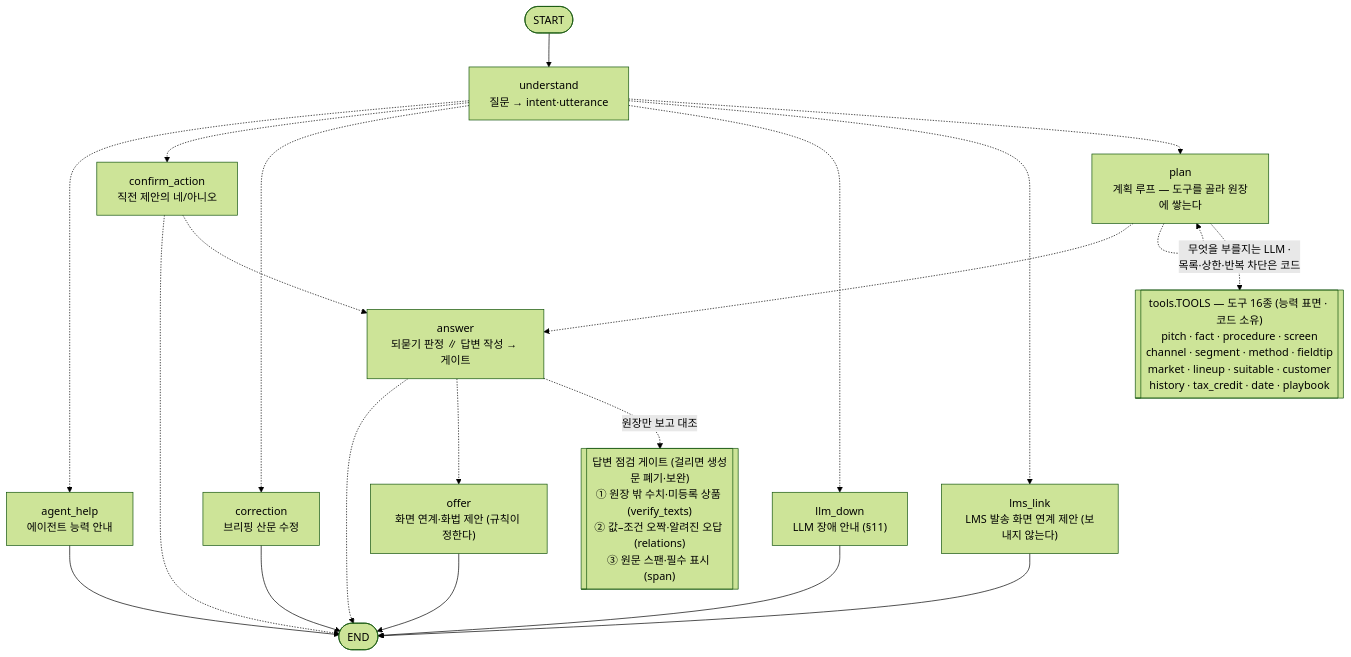
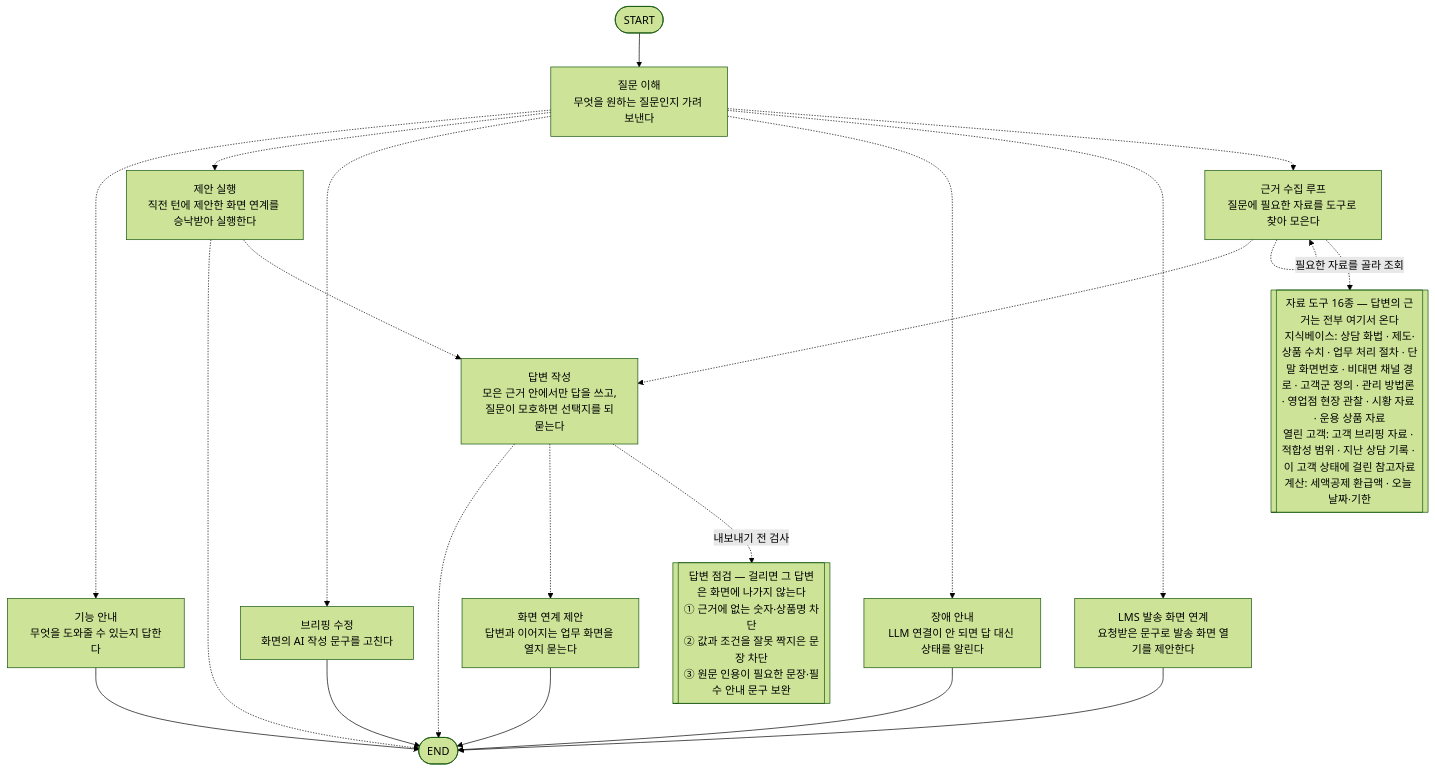
One commit to 09sunwoo-a/Pension_agent changed the diagram in src/pension_agent/consult_agent/README.md. Above: the diagram before and after it, drawn with Mermaid (forest theme). The commit also changed other lines of this file and 2 other files, not shown here.

Commit message:
아키텍처 다이어그램 문구를 점검 청중 기준으로 재작성
사용자 점검 반영 — 다이어그램 라벨이 코드 주석의 방어적 어투를 그대로
옮겨 어색했다("(보내지 않는다)", "직전 제안의 네/아니오", "원문 스팬").

- 노드 라벨을 «기능명 + 하는 일 한 줄»로: 질문 이해 · 근거 수집 루프 ·
  답변 작성 · 기능 안내 · LMS 발송 화면 연계 · 브리핑 수정 · 장애 안내 ·
  제안 실행 · 화면 연계 제안. 괄호 단서와 개발 용어는 뺐다.
- 도구 상자는 영문 식별자 나열 대신 한글 세 갈래(지식베이스 · 열린 고객 ·
  계산). 이름은 도구 선언의 진행 표시 라벨(Tool.progress)에서 오고, 갈래가
  레지스트리와 어긋나면 생성이 크게 실패한다. 라벨이 없던 suitable ·
  tax_credit 에 progress 를 채웠다 — 이 둘도 진행 표시가 나오게 된 부수
  효과는 누락 해소가 맞다.
- 점검 상자는 함수명 없이 검사 내용만("근거에 없는 숫자·상품명 차단" 등),
  코드 대응(tools.TOOLS · verify_texts/relations/span)은 아래 산문 한 줄로.
- README 산문의 같은 유형 문구 정리: "줄 세우지 않는다" → "병렬로 돌린다",
  "입력만 먹는데" → "입력으로 받는데".

테스트: consult 436 · infra 105 · trace 30 · support 284 통과.

Claude-Session: https://claude.ai/code/session_01TwxjQTQrjCvCcEupDVTuMK

````diff
--- a/src/pension_agent/consult_agent/README.md
+++ b/src/pension_agent/consult_agent/README.md
@@ -170,36 +170,36 @@
 ```mermaid
 flowchart TD
     __start__([START])
-    understand["understand<br/>질문 → intent·utterance"]
-    agent_help["agent_help<br/>에이전트 능력 안내"]
-    plan["plan<br/>계획 루프 — 도구를 골라 원장에 쌓는다"]
-    answer["answer<br/>되묻기 판정 ∥ 답변 작성 → 게이트"]
-    lms_link["lms_link<br/>LMS 발송 화면 연계 제안 (보내지 않는다)"]
-    correction["correction<br/>브리핑 산문 수정"]
-    llm_down["llm_down<br/>LLM 장애 안내 (§11)"]
-    confirm_action["confirm_action<br/>직전 제안의 네/아니오"]
-    offer["offer<br/>화면 연계·화법 제안 (규칙이 정한다)"]
+    understand["질문 이해<br/>무엇을 원하는 질문인지 가려 보낸다"]
+    agent_help["기능 안내<br/>무엇을 도와줄 수 있는지 답한다"]
+    plan["근거 수집 루프<br/>질문에 필요한 자료를 도구로 찾아 모은다"]
+    answer["답변 작성<br/>모은 근거 안에서만 답을 쓰고,<br/>질문이 모호하면 선택지를 되묻는다"]
+    lms_link["LMS 발송 화면 연계<br/>요청받은 문구로 발송 화면 열기를 제안한다"]
+    correction["브리핑 수정<br/>화면의 AI 작성 문구를 고친다"]
+    llm_down["장애 안내<br/>LLM 연결이 안 되면 답 대신 상태를 알린다"]
+    confirm_action["제안 실행<br/>직전 턴에 제안한 화면 연계를 승낙받아 실행한다"]
+    offer["화면 연계 제안<br/>답변과 이어지는 업무 화면을 열지 묻는다"]
     __end__([END])
     __start__ --> understand
     answer -.-> __end__
     answer -.-> offer
     confirm_action -.-> __end__
     confirm_action -.-> answer
     plan -.-> answer
     plan -.-> plan
     understand -.-> agent_help
     understand -.-> confirm_action
     understand -.-> correction
     understand -.-> llm_down
     understand -.-> lms_link
     understand -.-> plan
     agent_help --> __end__
     correction --> __end__
     llm_down --> __end__
     lms_link --> __end__
     offer --> __end__
-    tools[["tools.TOOLS — 도구 16종 (능력 표면 · 코드 소유)<br/>pitch&nbsp;·&nbsp;fact&nbsp;·&nbsp;procedure&nbsp;·&nbsp;screen<br/>channel&nbsp;·&nbsp;segment&nbsp;·&nbsp;method&nbsp;·&nbsp;fieldtip<br/>market&nbsp;·&nbsp;lineup&nbsp;·&nbsp;suitable&nbsp;·&nbsp;customer<br/>history&nbsp;·&nbsp;tax_credit&nbsp;·&nbsp;date&nbsp;·&nbsp;playbook"]]
-    plan -. "무엇을 부를지는 LLM ·<br/>목록·상한·반복 차단은 코드" .-> tools
-    gates[["답변 점검 게이트 (걸리면 생성문 폐기·보완)<br/>① 원장 밖 수치·미등록 상품 (verify_texts)<br/>② 값–조건 오짝·알려진 오답 (relations)<br/>③ 원문 스팬·필수 표시 (span)"]]
-    answer -. "원장만 보고 대조" .-> gates
+    tools[["자료 도구 16종 — 답변의 근거는 전부 여기서 온다<br/>지식베이스: 상담 화법 · 제도·상품 수치 · 업무 처리 절차 · 단말 화면번호 · 비대면 채널 경로 · 고객군 정의 · 관리 방법론 · 영업점 현장 관찰 · 시황 자료 · 운용 상품 자료<br/>열린 고객: 고객 브리핑 자료 · 적합성 범위 · 지난 상담 기록 · 이 고객 상태에 걸린 참고자료<br/>계산: 세액공제 환급액 · 오늘 날짜·기한"]]
+    plan -. "필요한 자료를 골라 조회" .-> tools
+    gates[["답변 점검 — 걸리면 그 답변은 화면에 나가지 않는다<br/>① 근거에 없는 숫자·상품명 차단<br/>② 값과 조건을 잘못 짝지은 문장 차단<br/>③ 원문 인용이 필요한 문장·필수 안내 문구 보완"]]
+    answer -. "내보내기 전 검사" .-> gates
 ```
````
